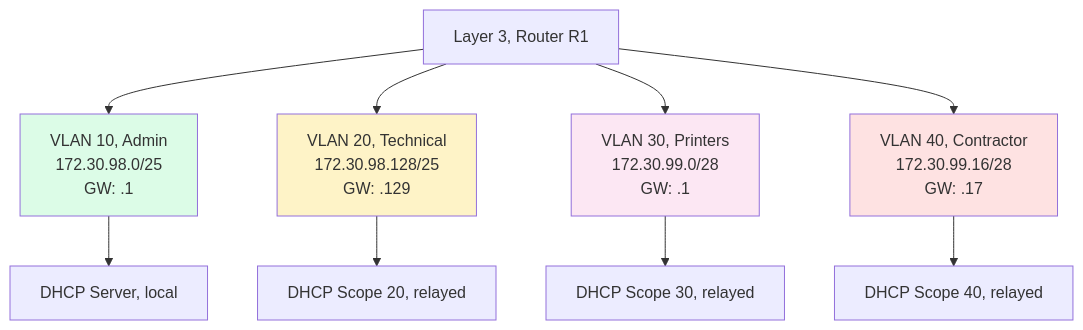
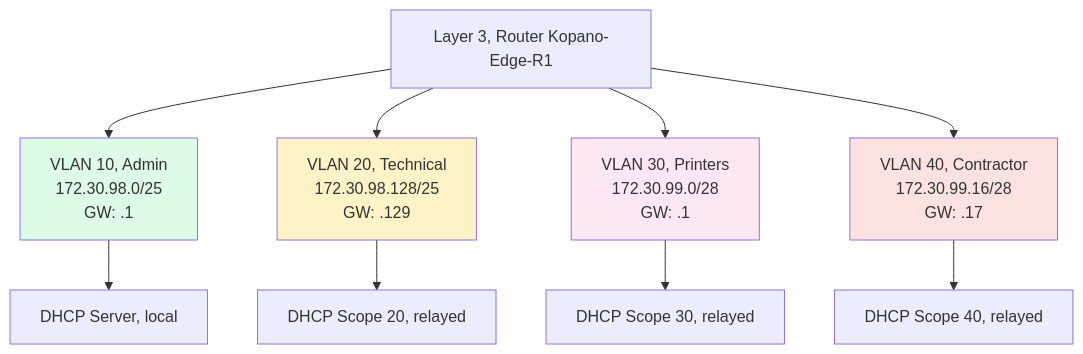
Before and after one commit to Naxisbeast/CMPG325-Kopano-Network: the first of 3 diagrams in topology/logical-topology.md, drawn with Mermaid. The commit also changed other lines of this file and 7 other files, not shown here.

````diff
--- a/topology/logical-topology.md
+++ b/topology/logical-topology.md
@@ -23,19 +23,19 @@
 ```mermaid
 graph TD
-    R1["Layer 3, Router R1"]
+    Kopano-Edge-R1["Layer 3, Router Kopano-Edge-R1"]
 
-    R1 --> V10["VLAN 10, Admin<br/>172.30.98.0/25<br/>GW: .1"]
-    R1 --> V20["VLAN 20, Technical<br/>172.30.98.128/25<br/>GW: .129"]
-    R1 --> V30["VLAN 30, Printers<br/>172.30.99.0/28<br/>GW: .1"]
-    R1 --> V40["VLAN 40, Contractor<br/>172.30.99.16/28<br/>GW: .17"]
+    Kopano-Edge-R1 --> V10["VLAN 10, Admin<br/>172.30.98.0/25<br/>GW: .1"]
+    Kopano-Edge-R1 --> V20["VLAN 20, Technical<br/>172.30.98.128/25<br/>GW: .129"]
+    Kopano-Edge-R1 --> V30["VLAN 30, Printers<br/>172.30.99.0/28<br/>GW: .1"]
+    Kopano-Edge-R1 --> V40["VLAN 40, Contractor<br/>172.30.99.16/28<br/>GW: .17"]
 
     V10 --> D10["DHCP Server, local"]
     V20 --> D20["DHCP Scope 20, relayed"]
     V30 --> D30["DHCP Scope 30, relayed"]
     V40 --> D40["DHCP Scope 40, relayed"]
 
     style V10 fill:#dcfce7
     style V20 fill:#fef3c7
     style V30 fill:#fce7f3
     style V40 fill:#fee2e2
 ```
````
